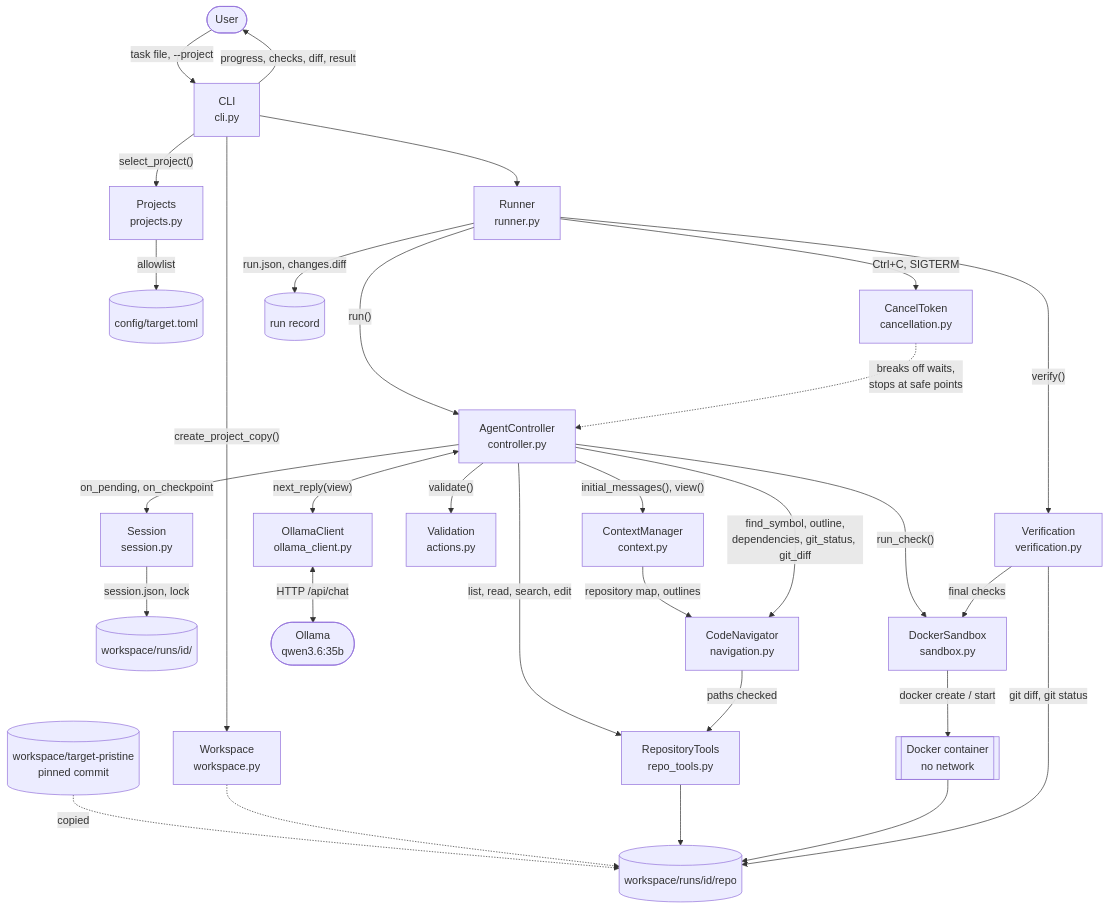
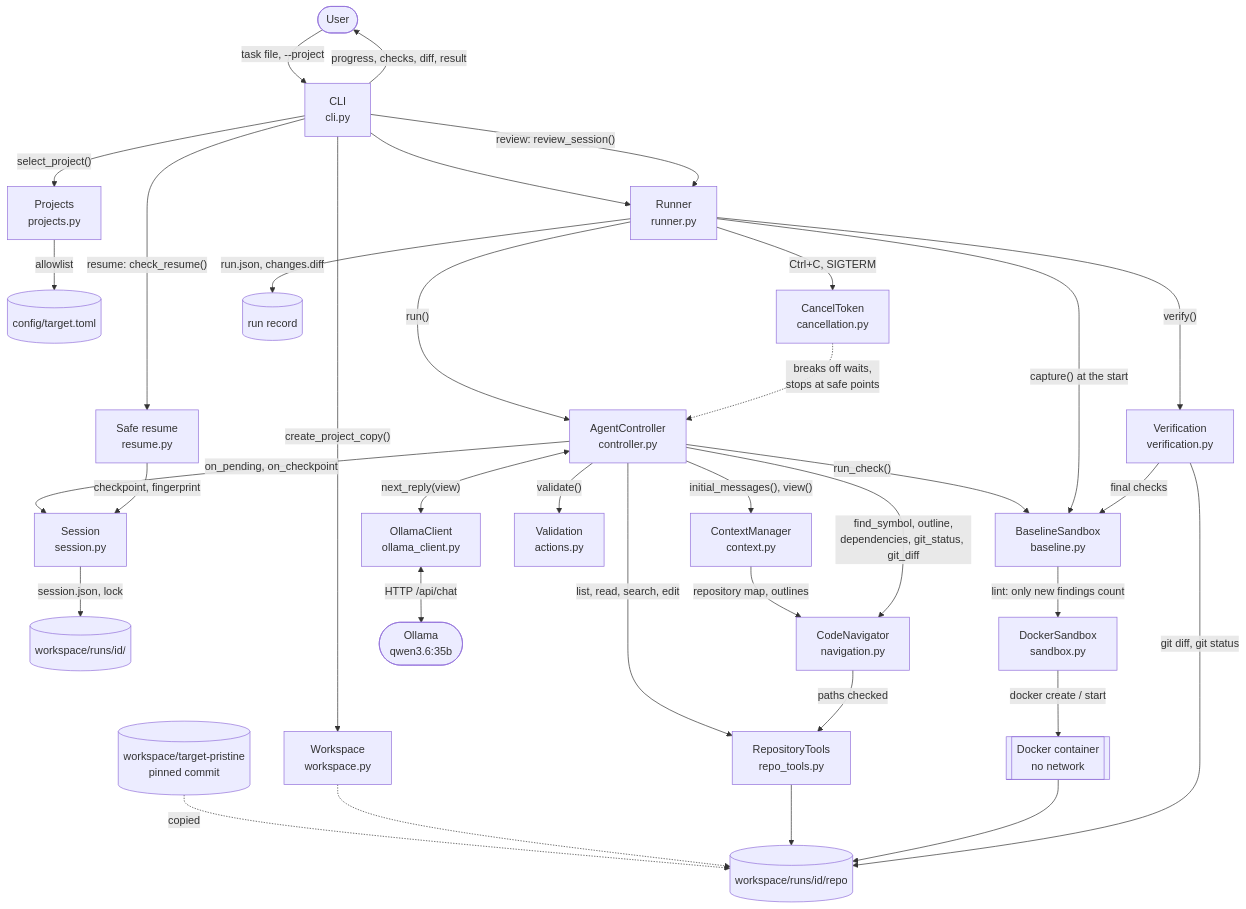
One commit to linda-gan/swe25-aaia-coding-harness changed the first of 8 diagrams in README.md. Above: the diagram before and after it, drawn with Mermaid. The commit also changed other lines of this file and 18 other files, not shown here.

Commit message:
Add lint and build checks, unfinished work and the review command

````diff
--- a/README.md
+++ b/README.md
@@ -202,32 +208,37 @@
 ```mermaid
 flowchart TB
     User(["User"]) -->|"task file, --project"| CLI["CLI<br/>cli.py"]
     CLI -->|"select_project()"| Projects["Projects<br/>projects.py"]
     Projects -->|"allowlist"| Config[("config/target.toml")]
     CLI --> Runner["Runner<br/>runner.py"]
     CLI -->|"create_project_copy()"| Workspace["Workspace<br/>workspace.py"]
     Pristine[("workspace/target-pristine<br/>pinned commit")] -.->|"copied"| Copy[("workspace/runs/id/repo")]
     Workspace -.-> Copy
     Runner -->|"run()"| Controller["AgentController<br/>controller.py"]
     Controller -->|"on_pending, on_checkpoint"| Session["Session<br/>session.py"]
     Runner -->|"Ctrl+C, SIGTERM"| Cancel["CancelToken<br/>cancellation.py"]
     Cancel -.->|"breaks off waits,<br/>stops at safe points"| Controller
+    CLI -->|"resume: check_resume()"| Resume["Safe resume<br/>resume.py"]
+    Resume -->|"checkpoint, fingerprint"| Session
     Session -->|"session.json, lock"| SessionFiles[("workspace/runs/id/")]
     Controller -->|"initial_messages(), view()"| Context["ContextManager<br/>context.py"]
     Context -->|"repository map, outlines"| Navigator
     Controller <-->|"next_reply(view)"| Client["OllamaClient<br/>ollama_client.py"]
     Client <-->|"HTTP /api/chat"| Ollama(["Ollama<br/>qwen3.6:35b"])
     Controller -->|"validate()"| Actions["Validation<br/>actions.py"]
     Controller -->|"list, read, search, edit"| Tools["RepositoryTools<br/>repo_tools.py"]
     Controller -->|"find_symbol, outline,<br/>dependencies, git_status, git_diff"| Navigator["CodeNavigator<br/>navigation.py"]
     Navigator -->|"paths checked"| Tools
-    Controller -->|"run_check()"| Sandbox["DockerSandbox<br/>sandbox.py"]
+    Controller -->|"run_check()"| Baseline["BaselineSandbox<br/>baseline.py"]
+    Baseline -->|"lint: only new findings count"| Sandbox["DockerSandbox<br/>sandbox.py"]
     Tools --> Copy
     Sandbox -->|"docker create / start"| Container[["Docker container<br/>no network"]]
     Container --> Copy
+    CLI -->|"review: review_session()"| Runner
     Runner -->|"verify()"| Verification["Verification<br/>verification.py"]
-    Verification -->|"final checks"| Sandbox
+    Runner -->|"capture() at the start"| Baseline
+    Verification -->|"final checks"| Baseline
     Verification -->|"git diff, git status"| Copy
     Runner -->|"run.json, changes.diff"| Record[("run record")]
     CLI -->|"progress, checks, diff, result"| User
 ```
````
